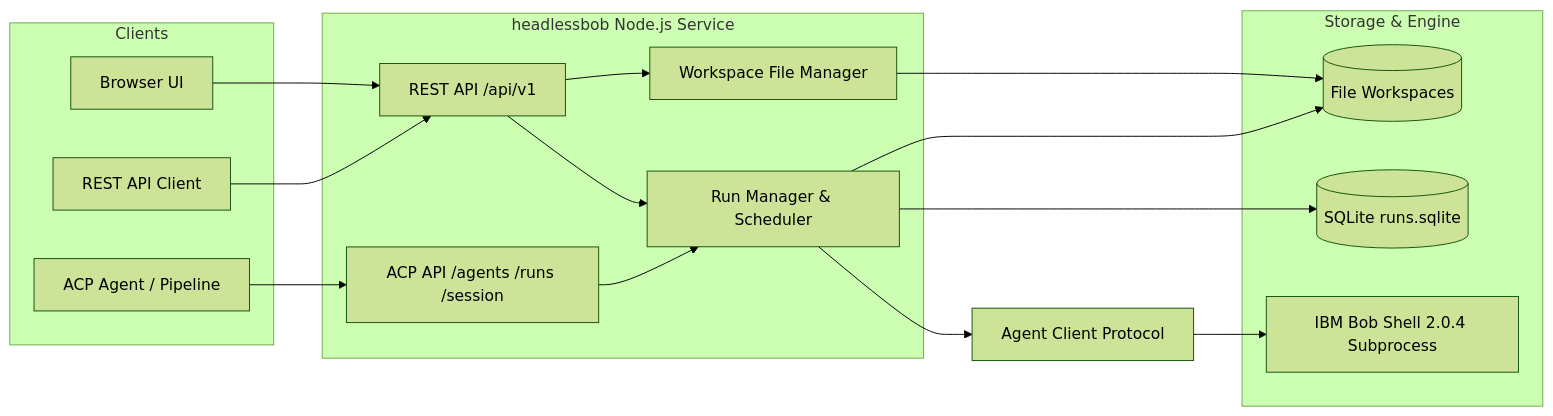
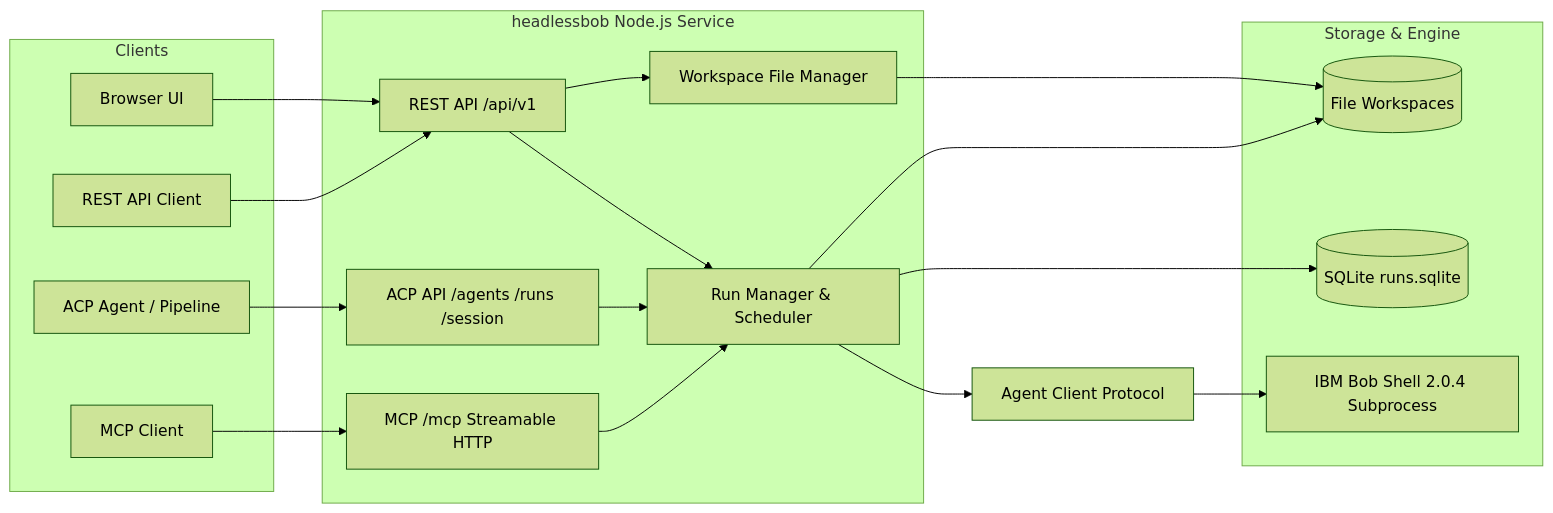
The diagram in ai/ai-engineering/headless-bob/assets/headlessbob/README.md (ibm-self-serve-assets/building-blocks), drawn with Mermaid (forest theme) before and after one commit. The commit also changed other lines of this file and 4 other files, not shown here.

````diff
--- a/ai/ai-engineering/headless-bob/assets/headlessbob/README.md
+++ b/ai/ai-engineering/headless-bob/assets/headlessbob/README.md
@@ -15,33 +27,37 @@
 ```mermaid
 flowchart LR
     subgraph Clients
         UI[Browser UI]
         RESTClient[REST API Client]
         ACPClient[ACP Agent / Pipeline]
+        MCPClient[MCP Client]
     end
 
     subgraph Service[headlessbob Node.js Service]
         REST[REST API /api/v1]
         ACP[ACP API /agents /runs /session]
+        MCP[MCP /mcp Streamable HTTP]
         Manager[Run Manager & Scheduler]
         Files[Workspace File Manager]
     end
 
     subgraph Storage & Engine
         Store[(SQLite runs.sqlite)]
         Workspaces[(File Workspaces)]
         Bob[IBM Bob Shell 2.0.4 Subprocess]
     end
 
     UI --> REST
     RESTClient --> REST
     ACPClient --> ACP
+    MCPClient --> MCP
     REST --> Manager
     ACP --> Manager
+    MCP --> Manager
     REST --> Files
     Manager --> ClientProtocol[Agent Client Protocol]
     ClientProtocol --> Bob
     Manager --> Store
     Manager --> Workspaces
     Files --> Workspaces
 ```
````
